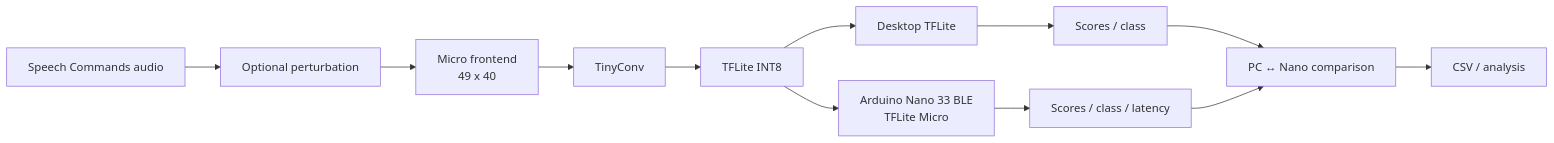
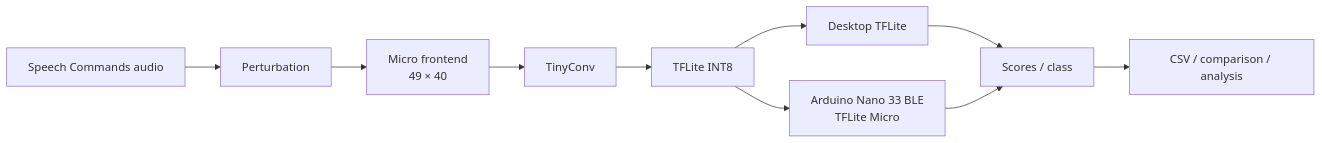
One commit to Mickael235/FIATSAR-TinyML-Robustness changed the diagram in README.md. Above: the diagram before and after it, drawn with Mermaid. The commit also changed other lines of this file, not shown here.

````diff
--- a/README.md
+++ b/README.md
@@ -83,14 +97,15 @@
 ```mermaid
 flowchart LR
-    A[Speech Commands audio] --> B[Optional perturbation]
-    B --> C[Micro frontend<br/>49 x 40]
+    A[Speech Commands audio] --> B[Perturbation]
+    B --> C[Micro frontend<br/>49 × 40]
     C --> D[TinyConv]
     D --> E[TFLite INT8]
+
     E --> F1[Desktop TFLite]
     E --> F2[Arduino Nano 33 BLE<br/>TFLite Micro]
+
     F1 --> G[Scores / class]
-    F2 --> H[Scores / class / latency]
-    G --> I[PC ↔ Nano comparison]
-    H --> I
-    I --> J[CSV / analysis]
+    F2 --> G
+
+    G --> H[CSV / comparison / analysis]
 ```
````
